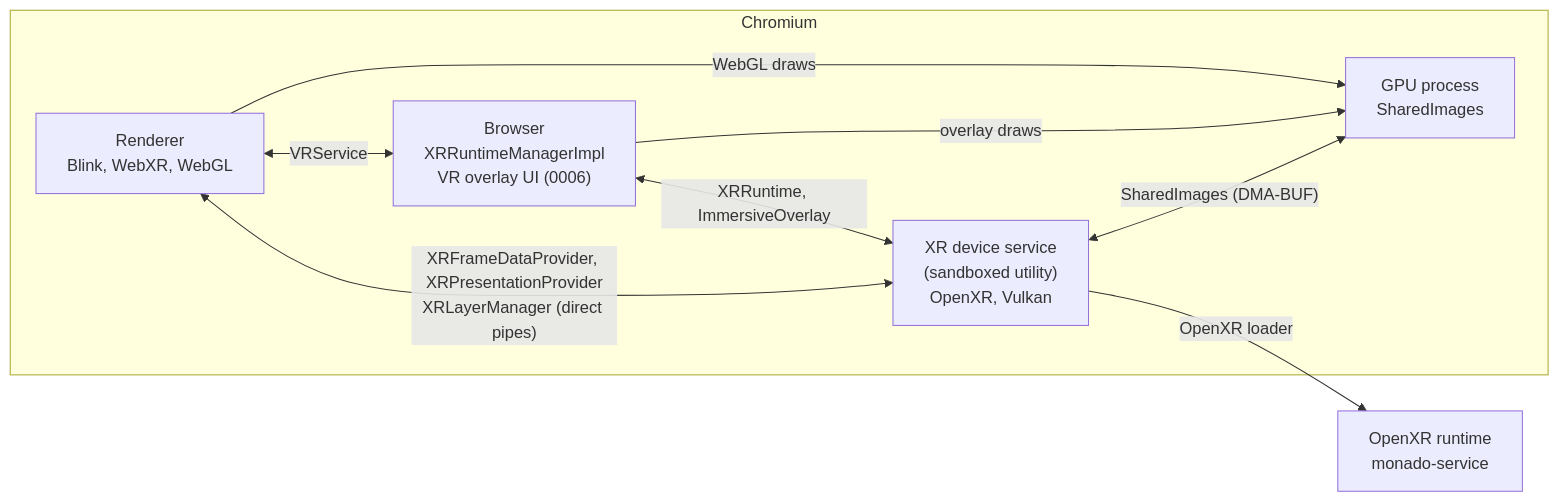
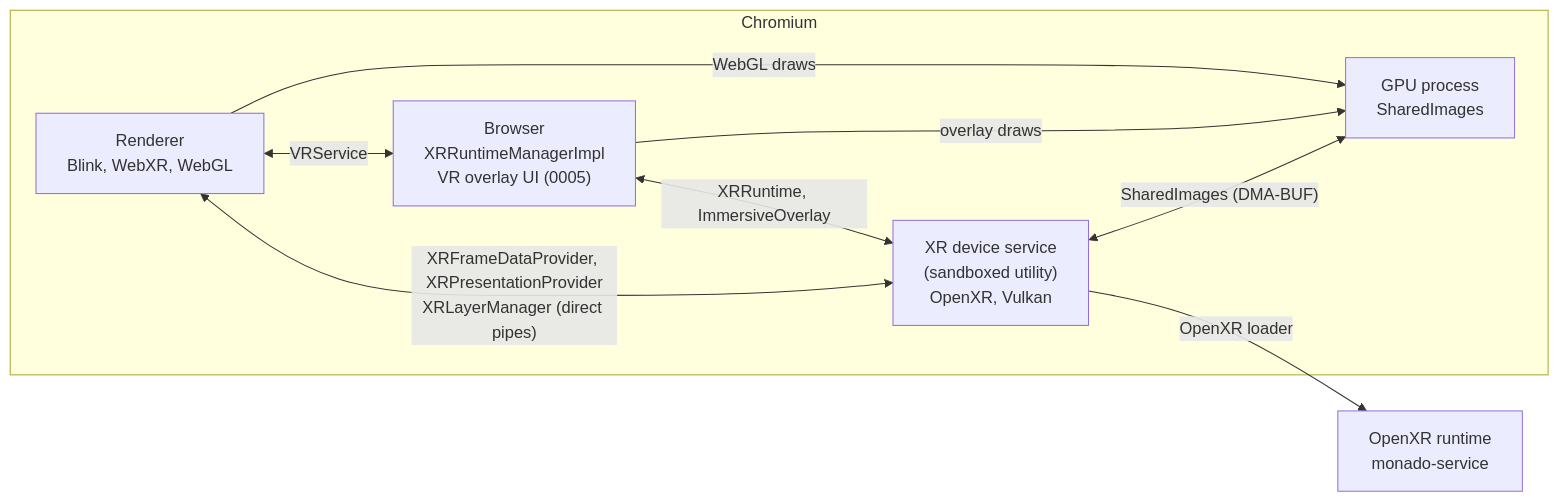
The second of 4 diagrams in README.md (utzcoz/chromium-webxr-linux), drawn with Mermaid before and after one commit. The commit also changed other lines of this file and 9 other files, not shown here.

````diff
--- a/README.md
+++ b/README.md
@@ -140,18 +154,18 @@
 ```mermaid
 flowchart LR
     subgraph Chromium
       R["Renderer<br/>Blink, WebXR, WebGL"]
-      B["Browser<br/>XRRuntimeManagerImpl<br/>VR overlay UI (0006)"]
+      B["Browser<br/>XRRuntimeManagerImpl<br/>VR overlay UI (0005)"]
       G["GPU process<br/>SharedImages"]
       U["XR device service<br/>(sandboxed utility)<br/>OpenXR, Vulkan"]
     end
     M["OpenXR runtime<br/>monado-service"]
 
     R <-->|VRService| B
     B <-->|XRRuntime, ImmersiveOverlay| U
     R <-->|"XRFrameDataProvider, XRPresentationProvider<br/>XRLayerManager (direct pipes)"| U
     R -->|WebGL draws| G
     B -->|overlay draws| G
     U <-->|"SharedImages (DMA-BUF)"| G
     U -->|OpenXR loader| M
 ```
````
